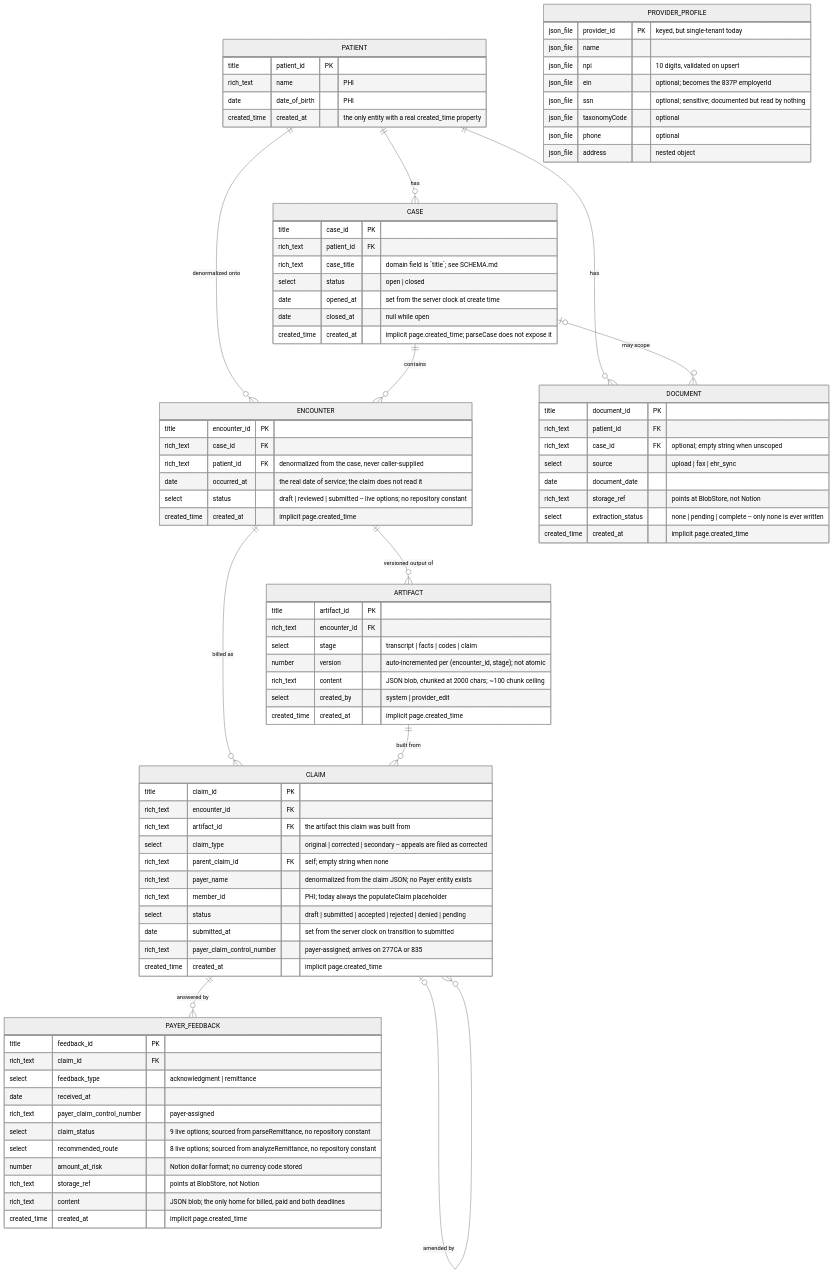
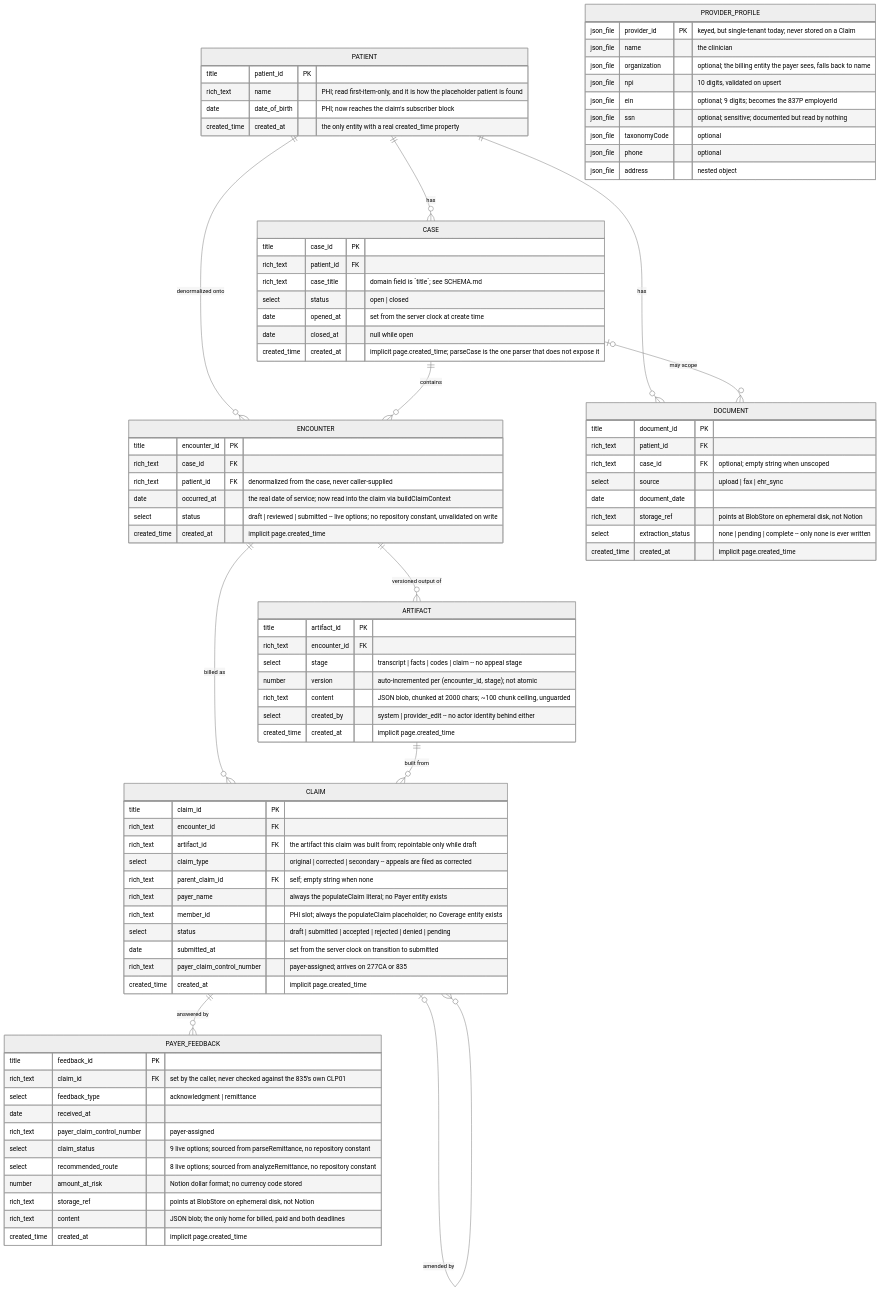
The diagram in docs/data/schema.mermaid (Ruby-CO/Ruby-Health), drawn with Mermaid (neutral theme) before and after one commit. The commit also changed 1 other file, not shown here.

First paragraph of the commit message:
Refresh the data-model audit against current master
Re-run of the data-model agent, asked for explicitly. Regenerates both
generated files against 01da664; the previous pair described 761ff06, two
dozen commits back.

```diff
--- a/docs/data/schema.mermaid
+++ b/docs/data/schema.mermaid
@@ -1,116 +1,123 @@
 erDiagram
 
     %% Ruby Health -- data model ERD
     %% Generated by the `data-model` agent (.claude/agents/data-model.md).
     %% Regenerated on each run; do not hand-edit -- edit the source and re-run.
     %% Source: backend/src/repository/NotionRepository.js (parse*/create* pairs)
+    %% Commit: 01da664
     %% Verified against the live Notion databases under the "Ruby App Data
     %%         (Chunk 1 -- synthetic only)" page on 2026-09-13. Property names,
     %%         types and select option lists below are the live schema.
     %% Store:  Notion databases, one per entity. Types below are Notion property
     %%         types, not SQL types. `title` is the Notion title property.
     %% Note:   every FK is soft -- plain rich_text, not a Notion relation. Nothing
     %%         enforces that a referenced row exists or still exists.
     %% Note:   `created_at` is a real created_time property on Patients only.
     %%         Every other entity has no such property; parse* falls back to the
     %%         Notion page's own created_time, so it is shown as implicit.
 
     PATIENT ||--o{ CASE : "has"
     PATIENT ||--o{ ENCOUNTER : "denormalized onto"
     PATIENT ||--o{ DOCUMENT : "has"
     CASE ||--o{ ENCOUNTER : "contains"
     CASE |o--o{ DOCUMENT : "may scope"
     ENCOUNTER ||--o{ ARTIFACT : "versioned output of"
     ENCOUNTER ||--o{ CLAIM : "billed as"
     ARTIFACT ||--o{ CLAIM : "built from"
     CLAIM |o--o{ CLAIM : "amended by"
     CLAIM ||--o{ PAYER_FEEDBACK : "answered by"
 
     PATIENT {
         title patient_id PK
-        rich_text name "PHI"
-        date date_of_birth "PHI"
+        rich_text name "PHI; read first-item-only, and it is how the placeholder patient is found"
+        date date_of_birth "PHI; now reaches the claim's subscriber block"
         created_time created_at "the only entity with a real created_time property"
     }
 
     CASE {
         title case_id PK
         rich_text patient_id FK
         rich_text case_title "domain field is `title`; see SCHEMA.md"
         select status "open | closed"
         date opened_at "set from the server clock at create time"
         date closed_at "null while open"
-        created_time created_at "implicit page.created_time; parseCase does not expose it"
+        created_time created_at "implicit page.created_time; parseCase is the one parser that does not expose it"
     }
 
     ENCOUNTER {
         title encounter_id PK
         rich_text case_id FK
         rich_text patient_id FK "denormalized from the case, never caller-supplied"
-        date occurred_at "the real date of service; the claim does not read it"
-        select status "draft | reviewed | submitted -- live options; no repository constant"
+        date occurred_at "the real date of service; now read into the claim via buildClaimContext"
+        select status "draft | reviewed | submitted -- live options; no repository constant, unvalidated on write"
         created_time created_at "implicit page.created_time"
     }
 
     ARTIFACT {
         title artifact_id PK
         rich_text encounter_id FK
-        select stage "transcript | facts | codes | claim"
+        select stage "transcript | facts | codes | claim -- no appeal stage"
         number version "auto-incremented per (encounter_id, stage); not atomic"
-        rich_text content "JSON blob, chunked at 2000 chars; ~100 chunk ceiling"
-        select created_by "system | provider_edit"
+        rich_text content "JSON blob, chunked at 2000 chars; ~100 chunk ceiling, unguarded"
+        select created_by "system | provider_edit -- no actor identity behind either"
         created_time created_at "implicit page.created_time"
     }
 
     CLAIM {
         title claim_id PK
         rich_text encounter_id FK
-        rich_text artifact_id FK "the artifact this claim was built from"
+        rich_text artifact_id FK "the artifact this claim was built from; repointable only while draft"
         select claim_type "original | corrected | secondary -- appeals are filed as corrected"
         rich_text parent_claim_id FK "self; empty string when none"
-        rich_text payer_name "denormalized from the claim JSON; no Payer entity exists"
-        rich_text member_id "PHI; today always the populateClaim placeholder"
+        rich_text payer_name "always the populateClaim literal; no Payer entity exists"
+        rich_text member_id "PHI slot; always the populateClaim placeholder; no Coverage entity exists"
         select status "draft | submitted | accepted | rejected | denied | pending"
         date submitted_at "set from the server clock on transition to submitted"
         rich_text payer_claim_control_number "payer-assigned; arrives on 277CA or 835"
         created_time created_at "implicit page.created_time"
     }
 
     PAYER_FEEDBACK {
         title feedback_id PK
-        rich_text claim_id FK
+        rich_text claim_id FK "set by the caller, never checked against the 835's own CLP01"
         select feedback_type "acknowledgment | remittance"
         date received_at
         rich_text payer_claim_control_number "payer-assigned"
         select claim_status "9 live options; sourced from parseRemittance, no repository constant"
         select recommended_route "8 live options; sourced from analyzeRemittance, no repository constant"
         number amount_at_risk "Notion dollar format; no currency code stored"
-        rich_text storage_ref "points at BlobStore, not Notion"
+        rich_text storage_ref "points at BlobStore on ephemeral disk, not Notion"
         rich_text content "JSON blob; the only home for billed, paid and both deadlines"
         created_time created_at "implicit page.created_time"
     }
 
     DOCUMENT {
         title document_id PK
         rich_text patient_id FK
         rich_text case_id FK "optional; empty string when unscoped"
         select source "upload | fax | ehr_sync"
         date document_date
-        rich_text storage_ref "points at BlobStore, not Notion"
+        rich_text storage_ref "points at BlobStore on ephemeral disk, not Notion"
         select extraction_status "none | pending | complete -- only none is ever written"
         created_time created_at "implicit page.created_time"
     }
 
     %% Not in the repository and not in Notion: a JSON file on ephemeral disk
     %% (backend/src/providerProfiles.js). Every claim carries this data, but
     %% no Claim row references a provider, so it has no edge on this diagram.
     PROVIDER_PROFILE {
-        json_file provider_id PK "keyed, but single-tenant today"
-        json_file name
+        json_file provider_id PK "keyed, but single-tenant today; never stored on a Claim"
+        json_file name "the clinician"
+        json_file organization "optional; the billing entity the payer sees, falls back to name"
         json_file npi "10 digits, validated on upsert"
-        json_file ein "optional; becomes the 837P employerId"
+        json_file ein "optional; 9 digits; becomes the 837P employerId"
         json_file ssn "optional; sensitive; documented but read by nothing"
         json_file taxonomyCode "optional"
         json_file phone "optional"
         json_file address "nested object"
     }
+
+    %% Not modelled anywhere at all, and asserted on every outgoing claim:
+    %% the subscriber's sex, member ID and address, the payer's name and id,
+    %% and the billed charge amount (a flat 100.00 per service line invented
+    %% in buildStediClaim.js). None of these has a row, a column or a file.
```
